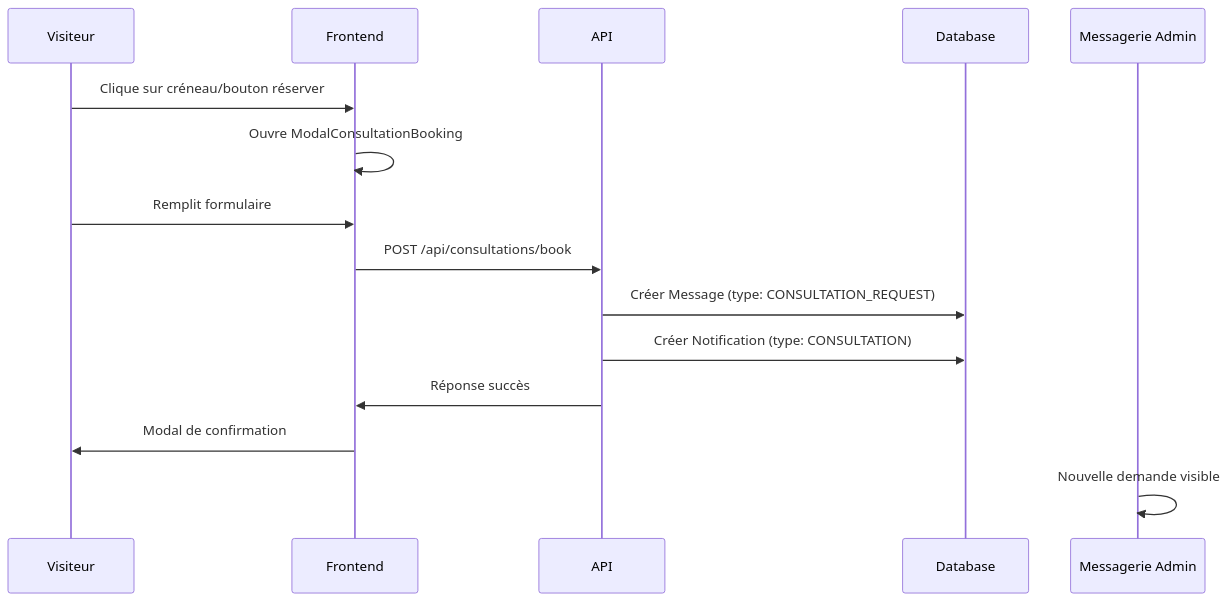
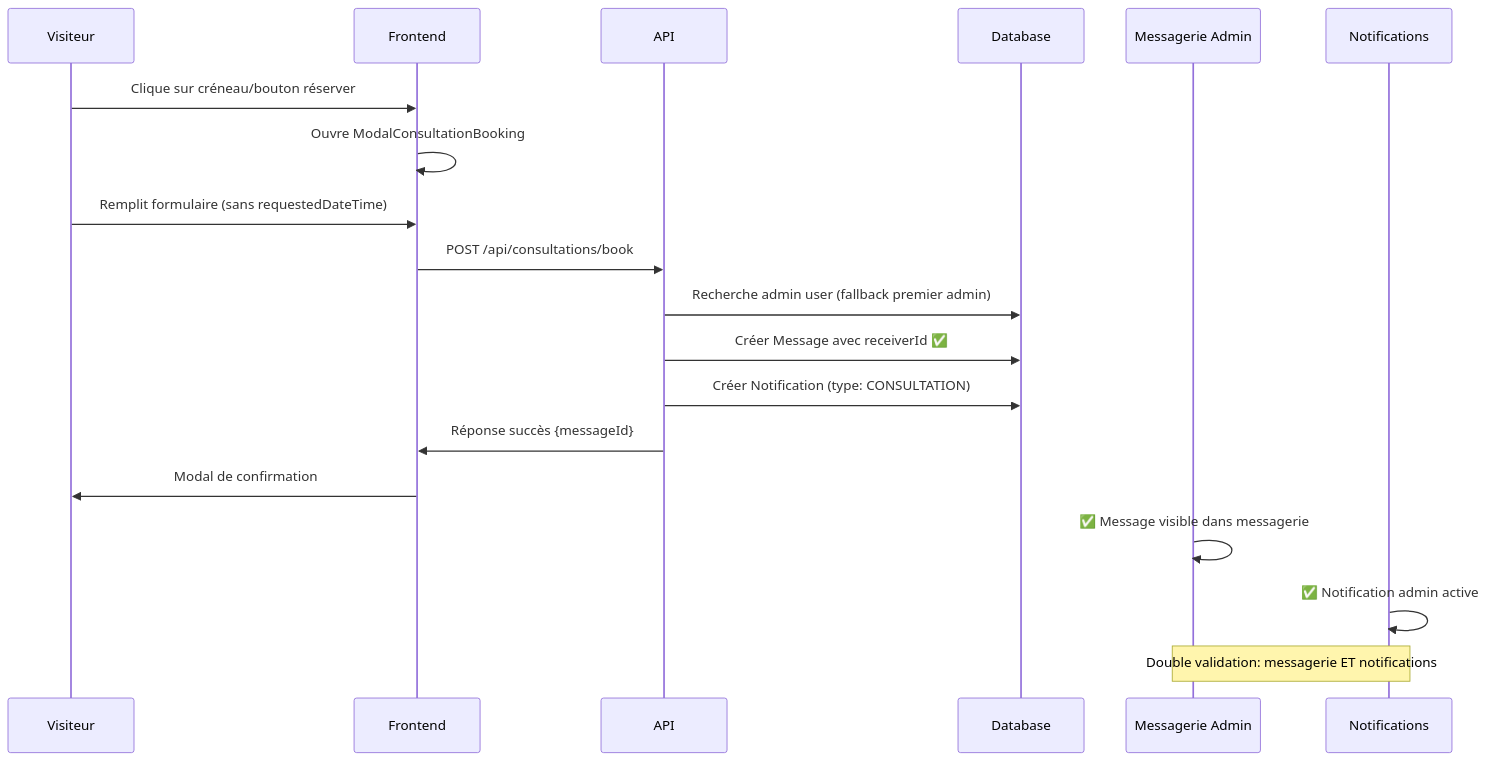
Before and after one commit to krismos64/Staka-livres: the first of 3 diagrams in docs/CONSULTATION_BOOKING_GUIDE.md, drawn with Mermaid. The commit also changed other lines of this file and 8 other files, not shown here.

````diff
--- a/docs/CONSULTATION_BOOKING_GUIDE.md
+++ b/docs/CONSULTATION_BOOKING_GUIDE.md
@@ -110,18 +208,22 @@
 ```mermaid
 sequenceDiagram
     participant V as Visiteur
     participant F as Frontend
     participant A as API
     participant D as Database
     participant M as Messagerie Admin
+    participant N as Notifications
 
     V->>F: Clique sur créneau/bouton réserver
     F->>F: Ouvre ModalConsultationBooking
-    V->>F: Remplit formulaire
+    V->>F: Remplit formulaire (sans requestedDateTime)
     F->>A: POST /api/consultations/book
-    A->>D: Créer Message (type: CONSULTATION_REQUEST)
+    A->>D: Recherche admin user (fallback premier admin)
+    A->>D: Créer Message avec receiverId ✅
     A->>D: Créer Notification (type: CONSULTATION)
-    A->>F: Réponse succès
+    A->>F: Réponse succès {messageId}
     F->>V: Modal de confirmation
-    M->>M: Nouvelle demande visible
+    M->>M: ✅ Message visible dans messagerie
+    N->>N: ✅ Notification admin active
+    Note over M,N: Double validation: messagerie ET notifications
 ```
````
